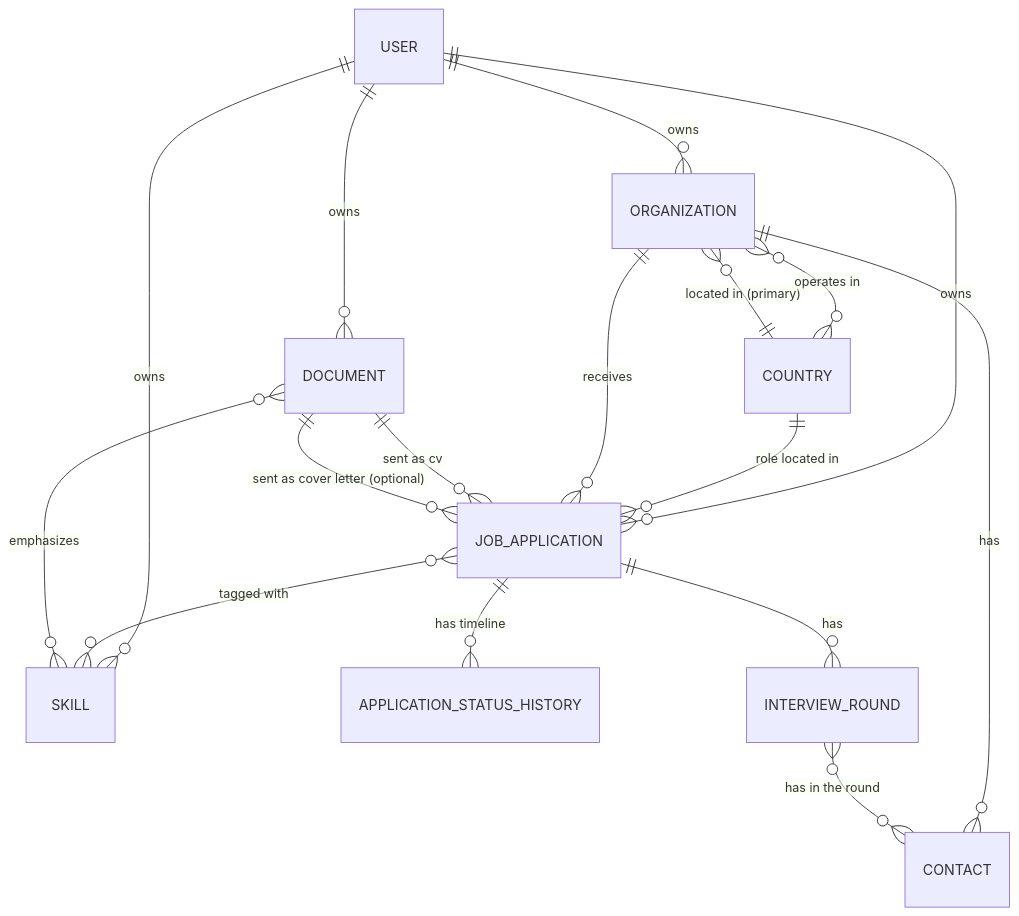
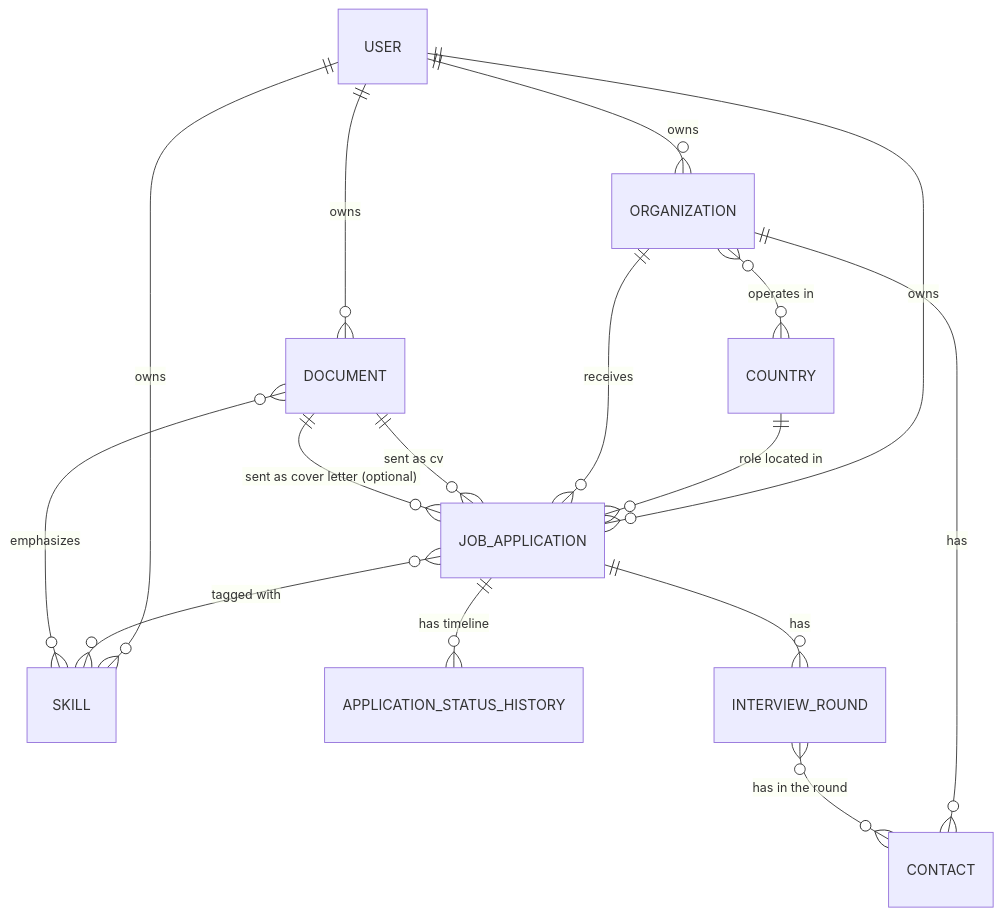
One commit to mihai2000q/CvTracker changed the diagram in docs/01-domain-model.md. Above: the diagram before and after it, drawn with Mermaid. The commit also changed other lines of this file and 7 other files, not shown here.

````diff
--- a/docs/01-domain-model.md
+++ b/docs/01-domain-model.md
@@ -196,19 +196,18 @@
 ```mermaid
 erDiagram
     USER ||--o{ ORGANIZATION : "owns"
     USER ||--o{ DOCUMENT : "owns"
     USER ||--o{ SKILL : "owns"
     USER ||--o{ JOB_APPLICATION : "owns"
-    COUNTRY ||--o{ ORGANIZATION : "located in (primary)"
     COUNTRY ||--o{ JOB_APPLICATION : "role located in"
     ORGANIZATION }o--o{ COUNTRY : "operates in"
     ORGANIZATION ||--o{ JOB_APPLICATION : "receives"
     DOCUMENT ||--o{ JOB_APPLICATION : "sent as cv"
     DOCUMENT ||--o{ JOB_APPLICATION : "sent as cover letter (optional)"
     JOB_APPLICATION ||--o{ APPLICATION_STATUS_HISTORY : "has timeline"
     ORGANIZATION ||--o{ CONTACT : "has"
     JOB_APPLICATION ||--o{ INTERVIEW_ROUND : "has"
     INTERVIEW_ROUND }o--o{ CONTACT : "has in the round"
     JOB_APPLICATION }o--o{ SKILL : "tagged with"
     DOCUMENT }o--o{ SKILL : "emphasizes"
 ```
````
